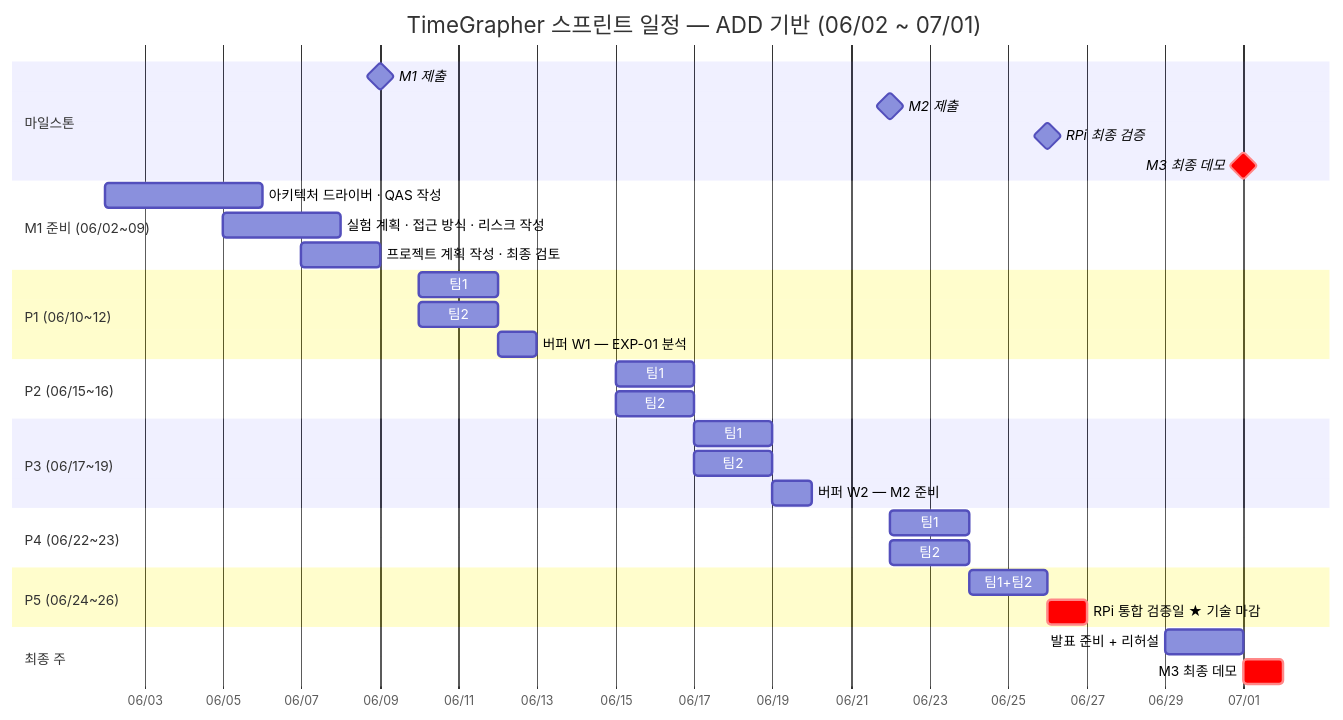
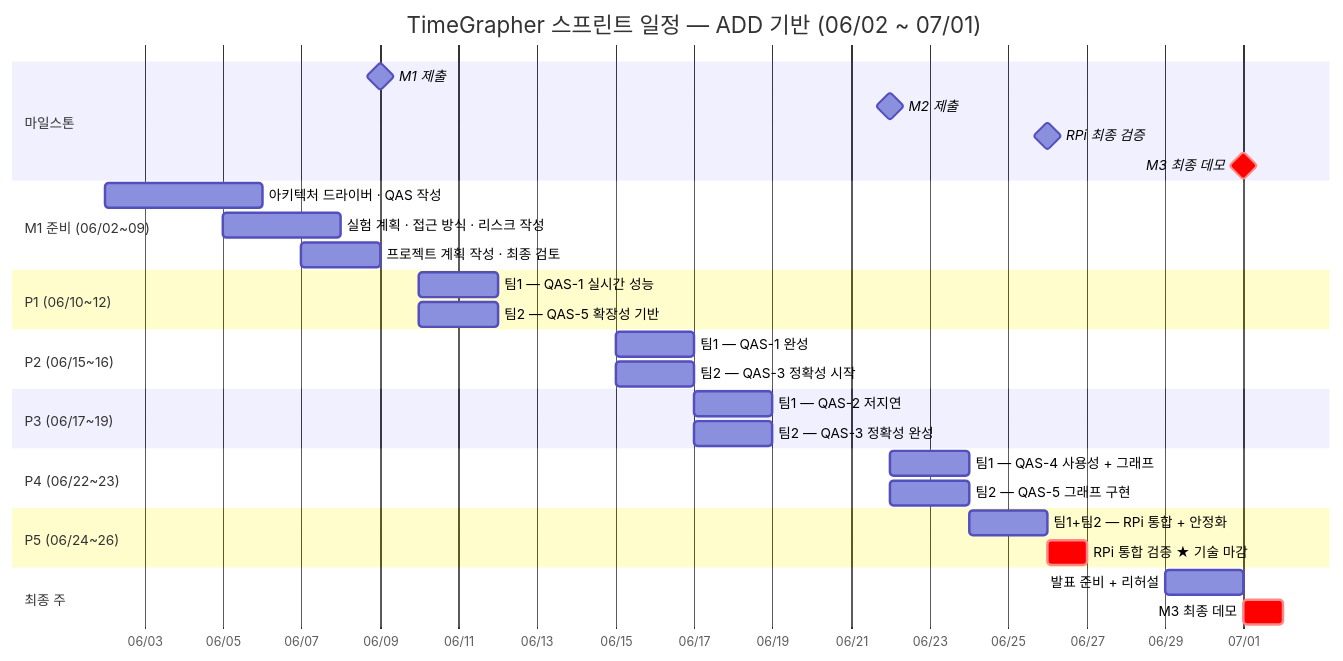
Before and after one commit to Ji-Min-Lee/2026-3-sw-architect-studio-project: the second of 2 diagrams in docs/milestone1/final-presentation-kr/project-plan_kr.md, drawn with Mermaid. The commit also changed other lines of this file, not shown here.

Commit message:
docs: rename §3 title, remove buffers from gantt, simplify team labels

````diff
--- a/docs/milestone1/final-presentation-kr/project-plan_kr.md
+++ b/docs/milestone1/final-presentation-kr/project-plan_kr.md
@@ -150,43 +150,41 @@
 ```mermaid
 gantt
     title TimeGrapher 스프린트 일정 — ADD 기반 (06/02 ~ 07/01)
     dateFormat  YYYY-MM-DD
     axisFormat  %m/%d
 
     section 마일스톤
     M1 제출         :milestone, m1, 2026-06-09, 0d
     M2 제출         :milestone, m2, 2026-06-22, 0d
     RPi 최종 검증  :milestone, rpidone, 2026-06-26, 0d
     M3 최종 데모   :crit, milestone, m3, 2026-07-01, 0d
 
     section M1 준비 (06/02~09)
     아키텍처 드라이버 · QAS 작성          :m1a, 2026-06-02, 4d
     실험 계획 · 접근 방식 · 리스크 작성   :m1b, 2026-06-05, 3d
     프로젝트 계획 작성 · 최종 검토        :m1c, 2026-06-07, 2d
 
     section P1 (06/10~12)
-    팀1: QAS-1 실시간 (AP-1+AP-2+EXP-01)  :s1t1, 2026-06-10, 2d
-    팀2: QAS-5 기반 (AP-3 설계)            :s1t2, 2026-06-10, 2d
-    버퍼 W1 — EXP-01 분석                  :buf1, 2026-06-12, 1d
+    팀1 — QAS-1 실시간 성능               :s1t1, 2026-06-10, 2d
+    팀2 — QAS-5 확장성 기반               :s1t2, 2026-06-10, 2d
 
     section P2 (06/15~16)
-    팀1: QAS-1 완성 (AP-6 폴백)            :s2t1, 2026-06-15, 2d
-    팀2: QAS-3 시작 (AP-3+AP-4+EXP-03)    :s2t2, 2026-06-15, 2d
+    팀1 — QAS-1 완성                      :s2t1, 2026-06-15, 2d
+    팀2 — QAS-3 정확성 시작               :s2t2, 2026-06-15, 2d
 
     section P3 (06/17~19)
-    팀1: QAS-2 저지연 (EXP-02+AP-7a)      :s3t1, 2026-06-17, 2d
-    팀2: QAS-3 완성 (EXP-03+AP-5)         :s3t2, 2026-06-17, 2d
-    버퍼 W2 — M2 준비                      :buf2, 2026-06-19, 1d
+    팀1 — QAS-2 저지연                    :s3t1, 2026-06-17, 2d
+    팀2 — QAS-3 정확성 완성               :s3t2, 2026-06-17, 2d
 
     section P4 (06/22~23)
-    팀1: QAS-4 사용성 + 핵심 그래프        :s4t1, 2026-06-22, 2d
-    팀2: QAS-5 전체 그래프 구현            :s4t2, 2026-06-22, 2d
+    팀1 — QAS-4 사용성 + 그래프           :s4t1, 2026-06-22, 2d
+    팀2 — QAS-5 그래프 구현               :s4t2, 2026-06-22, 2d
 
     section P5 (06/24~26)
-    팀1+팀2: RPi 통합 빌드 + 안정화        :s5, 2026-06-24, 2d
-    RPi 통합 검증일 ★ 기술 마감           :crit, rpiv, 2026-06-26, 1d
+    팀1+팀2 — RPi 통합 + 안정화           :s5, 2026-06-24, 2d
+    RPi 통합 검증 ★ 기술 마감             :crit, rpiv, 2026-06-26, 1d
 
     section 최종 주
     발표 준비 + 리허설                    :pp, 2026-06-29, 2d
     M3 최종 데모                          :crit, demo, 2026-07-01, 1d
 ```
````
